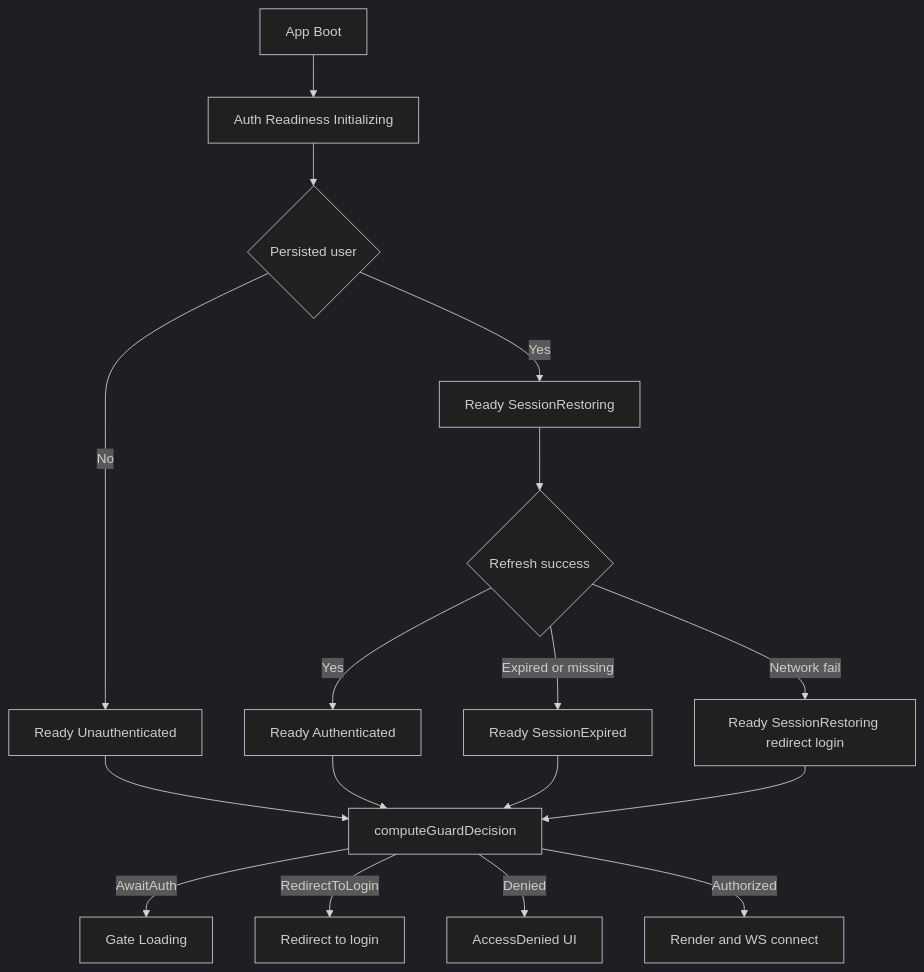
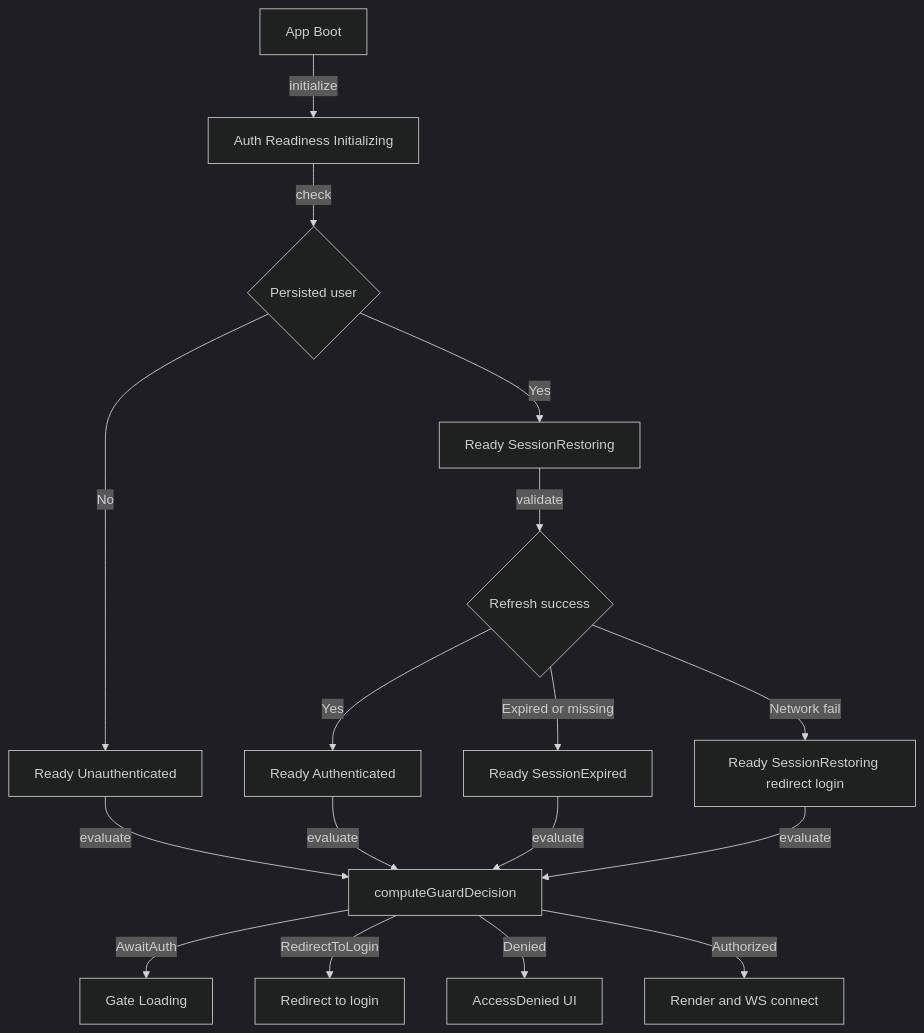
The first of 2 diagrams in documents/engineering/total_pure_modelling.md (Tuee22/effectful), drawn with Mermaid (dark theme) before and after one commit. The commit also changed other lines of this file and 34 other files, not shown here.

````diff
--- a/documents/engineering/total_pure_modelling.md
+++ b/documents/engineering/total_pure_modelling.md
@@ -42,19 +42,19 @@
 ```mermaid
 flowchart TB
-    A[App Boot] --> B[Auth Readiness Initializing]
-    B --> C{Persisted user}
+    A[App Boot] -->|initialize| B[Auth Readiness Initializing]
+    B -->|check| C{Persisted user}
     C -->|No| D[Ready Unauthenticated]
     C -->|Yes| E[Ready SessionRestoring]
-    E --> F{Refresh success}
+    E -->|validate| F{Refresh success}
     F -->|Yes| G[Ready Authenticated]
     F -->|Expired or missing| H[Ready SessionExpired]
     F -->|Network fail| I[Ready SessionRestoring redirect login]
-    D --> J[computeGuardDecision]
-    G --> J
-    H --> J
-    I --> J
+    D -->|evaluate| J[computeGuardDecision]
+    G -->|evaluate| J
+    H -->|evaluate| J
+    I -->|evaluate| J
     J -->|AwaitAuth| K[Gate Loading]
     J -->|RedirectToLogin| L[Redirect to login]
     J -->|Denied| M[AccessDenied UI]
     J -->|Authorized| N[Render and WS connect]
 ```
````
